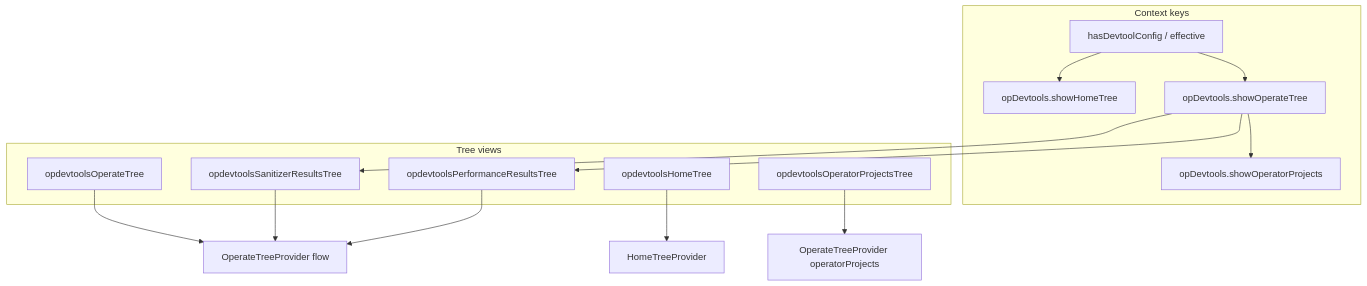
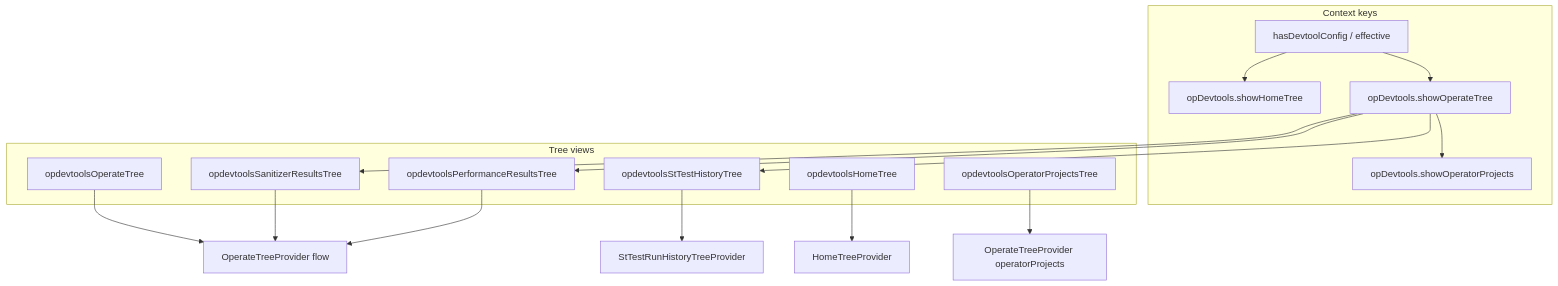
One commit to IdeFrontend/opdev_plugin changed the diagram in docs/operator-treeview.md. Above: the diagram before and after it, drawn with Mermaid. The commit also changed other lines of this file and 37 other files, not shown here.

First line of the commit message:
GC-45 Add native ST test history view (#219)

````diff
--- a/docs/operator-treeview.md
+++ b/docs/operator-treeview.md
@@ -13,26 +13,29 @@
 ```mermaid
 flowchart TB
   subgraph contexts [Context keys]
     HC[hasDevtoolConfig / effective]
     HT[opDevtools.showHomeTree]
     OT[opDevtools.showOperateTree]
     OP[opDevtools.showOperatorProjects]
   end
   subgraph views [Tree views]
     Home[opdevtoolsHomeTree]
     Actions[opdevtoolsOperateTree]
     Ops[opdevtoolsOperatorProjectsTree]
     San[opdevtoolsSanitizerResultsTree]
     Perf[opdevtoolsPerformanceResultsTree]
+    STH[opdevtoolsStTestHistoryTree]
   end
   HC --> HT
   HC --> OT
   OT --> San
   OT --> Perf
+  OT --> STH
   OT --> OP
   Home --> HomeTP[HomeTreeProvider]
   Actions --> FlowTP[OperateTreeProvider flow]
   Ops --> OpsTP[OperateTreeProvider operatorProjects]
   San --> FlowTP
   Perf --> FlowTP
+  STH --> STHP[StTestRunHistoryTreeProvider]
 ```
````
